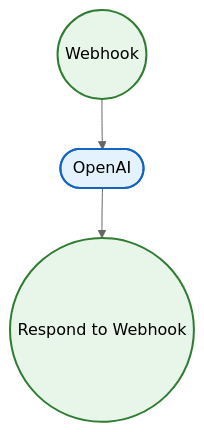
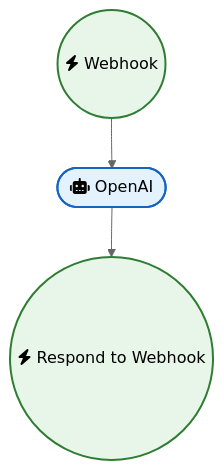
The diagram in AI_Research_RAG_and_Data_Analysis/Chrome Extension Backend with Ai.md (sreyash3105/N8N-DEMO-AUTOMATIONS), drawn with Mermaid (neutral theme) before and after one commit. The commit also changed 291 other files, not shown here.

````diff
--- a/AI_Research_RAG_and_Data_Analysis/Chrome Extension Backend with Ai.md
+++ b/AI_Research_RAG_and_Data_Analysis/Chrome Extension Backend with Ai.md
@@ -1,13 +1,13 @@
 ```mermaid
 graph TD
     classDef trigger fill:#e8f5e9,stroke:#2e7d32,stroke-width:2px;
     classDef ai fill:#e3f2fd,stroke:#1565c0,stroke-width:2px;
     classDef logic fill:#fff3e0,stroke:#ef6c00,stroke-width:2px;
 
-    Webhook(("Webhook")):::trigger
-    OpenAI(["OpenAI"]):::ai
-    Respond_to_Webhook(("Respond to Webhook")):::trigger
+    Webhook(("fas:fa-bolt Webhook")):::trigger
+    OpenAI(["fas:fa-robot OpenAI"]):::ai
+    Respond_to_Webhook(("fas:fa-bolt Respond to Webhook")):::trigger
 
     OpenAI --> Respond_to_Webhook
     Webhook --> OpenAI
 ```
````
